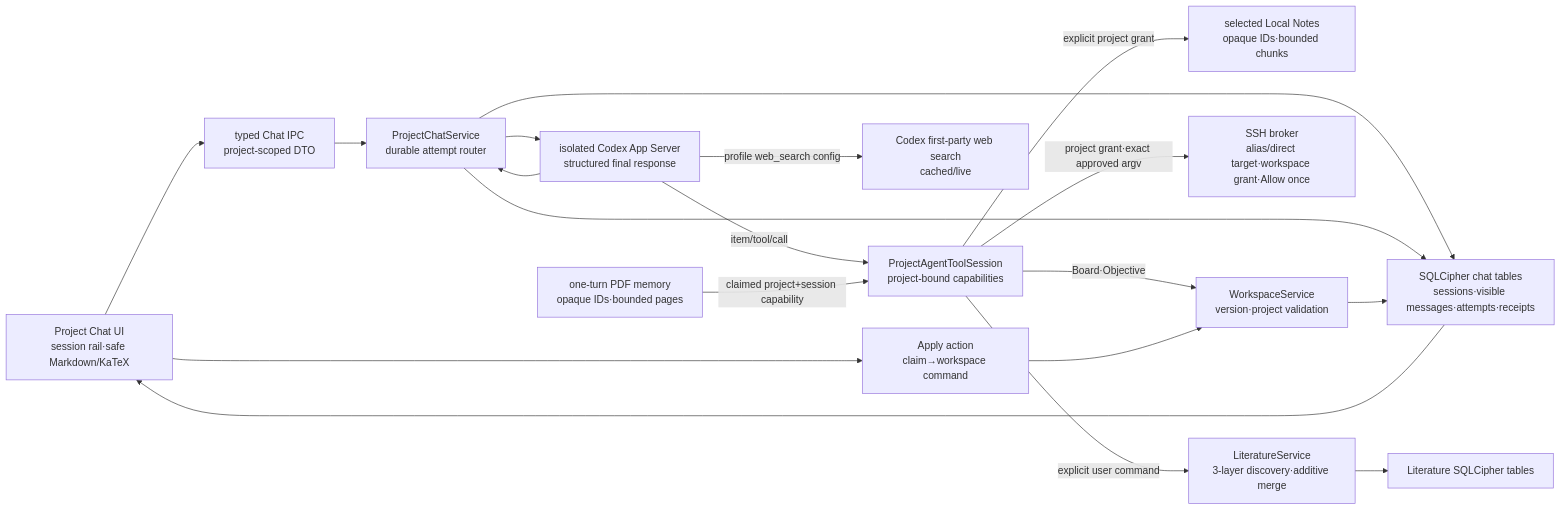
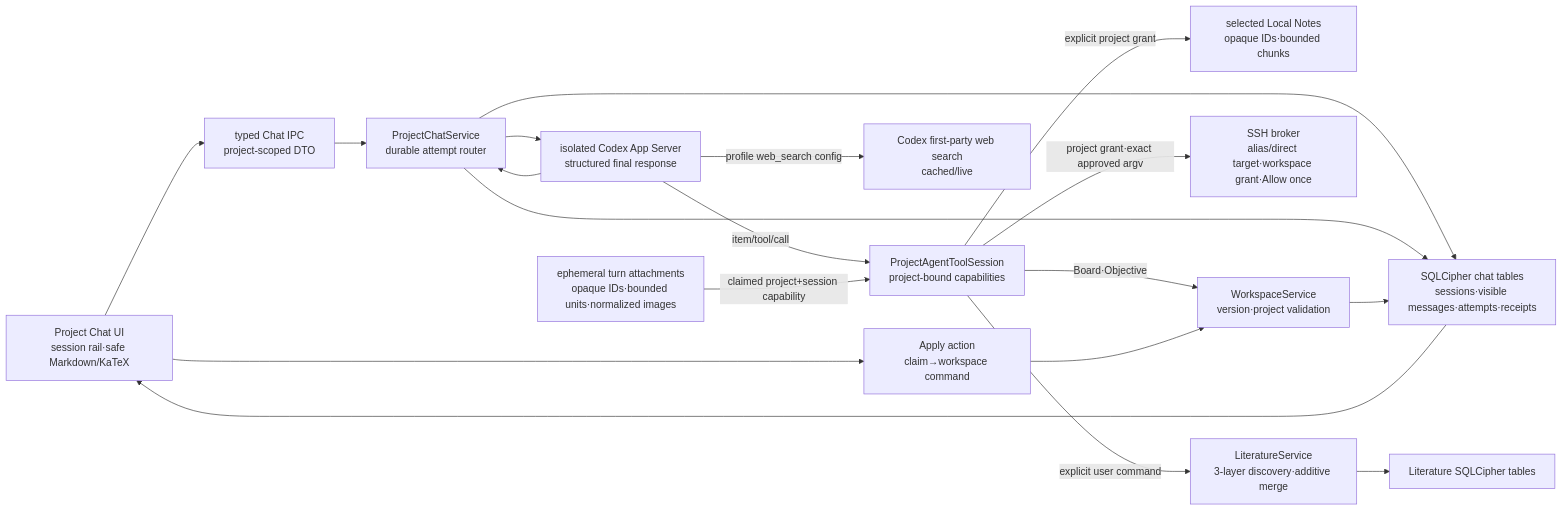
One commit to gli-minsuk-shin/GOSU changed the fifth of 6 diagrams in docs/ARCHITECTURE.md. Above: the diagram before and after it, drawn with Mermaid. The commit also changed other lines of this file and 38 other files, not shown here.

Commit message:
feat(desktop): support rich Project Chat attachments (#49)

````diff
--- a/docs/ARCHITECTURE.md
+++ b/docs/ARCHITECTURE.md
@@ -905,31 +956,31 @@
 ```mermaid
 flowchart LR
   ChatUI["Project Chat UI\nsession rail·safe Markdown/KaTeX"]
   ChatIPC["typed Chat IPC\nproject-scoped DTO"]
   ChatService["ProjectChatService\ndurable attempt router"]
   ToolGateway["ProjectAgentToolSession\nproject-bound capabilities"]
   Codex["isolated Codex App Server\nstructured final response"]
   Vault["selected Local Notes\nopaque IDs·bounded chunks"]
-  Pdf["one-turn PDF memory\nopaque IDs·bounded pages"]
+  Attachments["ephemeral turn attachments\nopaque IDs·bounded units·normalized images"]
   Literature["LiteratureService\n3-layer discovery·additive merge"]
   LiteratureDB["Literature SQLCipher tables"]
   Web["Codex first-party web search\ncached/live"]
   SSH["SSH broker\nalias/direct target·workspace grant·Allow once"]
   ChatDB["SQLCipher chat tables\nsessions·visible messages·attempts·receipts"]
   Approval["Apply action\nclaim→workspace command"]
   Workspace["WorkspaceService\nversion·project validation"]
 
   ChatUI --> ChatIPC --> ChatService --> ChatDB
   ChatService --> Codex
   Codex -->|"item/tool/call"| ToolGateway
   ToolGateway -->|"Board·Objective"| Workspace
   ToolGateway -->|"explicit project grant"| Vault
-  Pdf -->|"claimed project+session capability"| ToolGateway
+  Attachments -->|"claimed project+session capability"| ToolGateway
   ToolGateway -->|"explicit user command"| Literature --> LiteratureDB
   ToolGateway -->|"project grant·exact approved argv"| SSH
   Codex -->|"profile web_search config"| Web
   Codex --> ChatService --> ChatDB
   ChatDB --> ChatUI
   ChatUI --> Approval --> Workspace
   Workspace --> ChatDB
 ```
````
